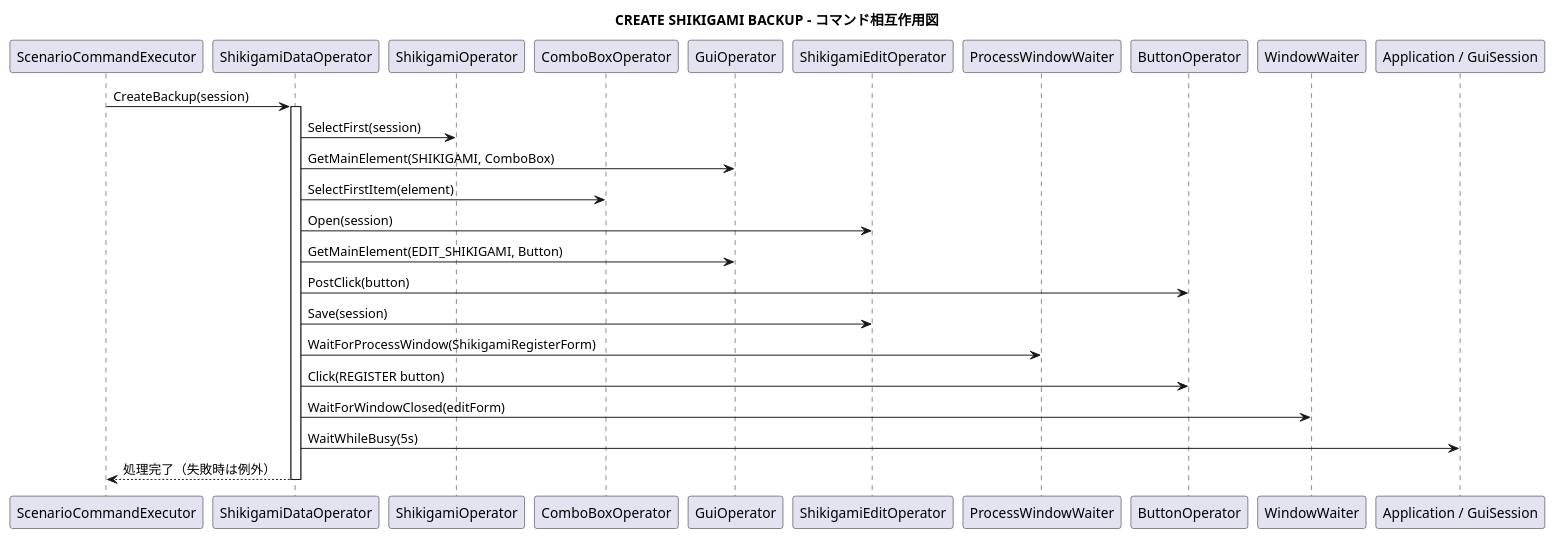
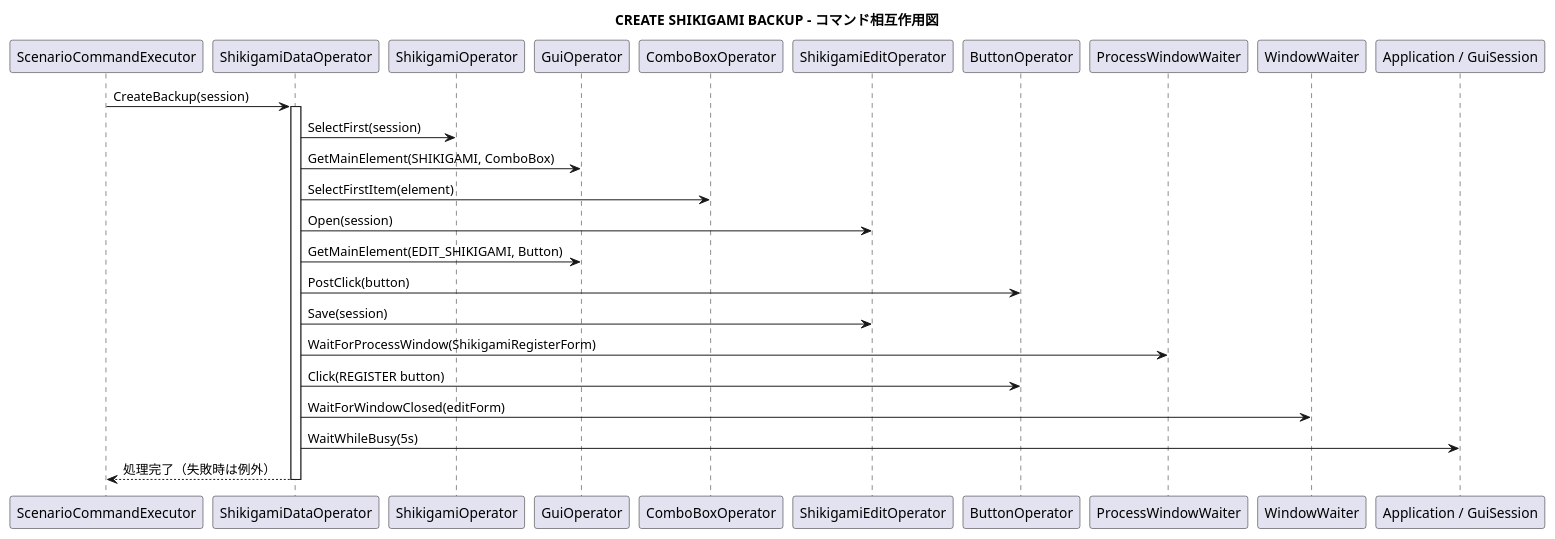
One commit to Staraptor0398/ShikigamiStatusCalculator changed the diagram in Document/ScenarioRunner/Diagram/CommandInteraction/ShikigamiData/CreateShikigamiBackup.wsd. Above: the diagram before and after it, drawn with PlantUML. The commit also changed 20 other files, not shown here.

Commit message:
Remove duplicate participants from Scenario Runner interaction diagrams

```diff
--- a/Document/ScenarioRunner/Diagram/CommandInteraction/ShikigamiData/CreateShikigamiBackup.wsd
+++ b/Document/ScenarioRunner/Diagram/CommandInteraction/ShikigamiData/CreateShikigamiBackup.wsd
@@ -1,35 +1,32 @@
 @startuml
 title CREATE SHIKIGAMI BACKUP - コマンド相互作用図
 skinparam responseMessageBelowArrow true
 ' Source: ScenarioRunner.Engine/Execution/ScenarioCommandExecutor.cs
 ' Source: ScenarioRunner.Engine/Automation/Operator/Feature/ShikigamiDataOperator.cs
 participant "ScenarioCommandExecutor" as EX
 participant "ShikigamiDataOperator" as O
 participant "ShikigamiOperator" as SO
 participant "GuiOperator" as GO
 participant "ComboBoxOperator" as CO
 participant "ShikigamiEditOperator" as EO
-participant "GuiOperator" as GO
 participant "ButtonOperator" as BO
-participant "ShikigamiEditOperator" as EO
 participant "ProcessWindowWaiter" as PW
-participant "ButtonOperator" as BO
 participant "WindowWaiter" as WW
 participant "Application / GuiSession" as APP
 
 EX -> O : CreateBackup(session)
 activate O
 O -> SO : SelectFirst(session)
 O -> GO : GetMainElement(SHIKIGAMI, ComboBox)
 O -> CO : SelectFirstItem(element)
 O -> EO : Open(session)
 O -> GO : GetMainElement(EDIT_SHIKIGAMI, Button)
 O -> BO : PostClick(button)
 O -> EO : Save(session)
 O -> PW : WaitForProcessWindow(ShikigamiRegisterForm)
 O -> BO : Click(REGISTER button)
 O -> WW : WaitForWindowClosed(editForm)
 O -> APP : WaitWhileBusy(5s)
 O --> EX : 処理完了（失敗時は例外）
 deactivate O
 @enduml
```
